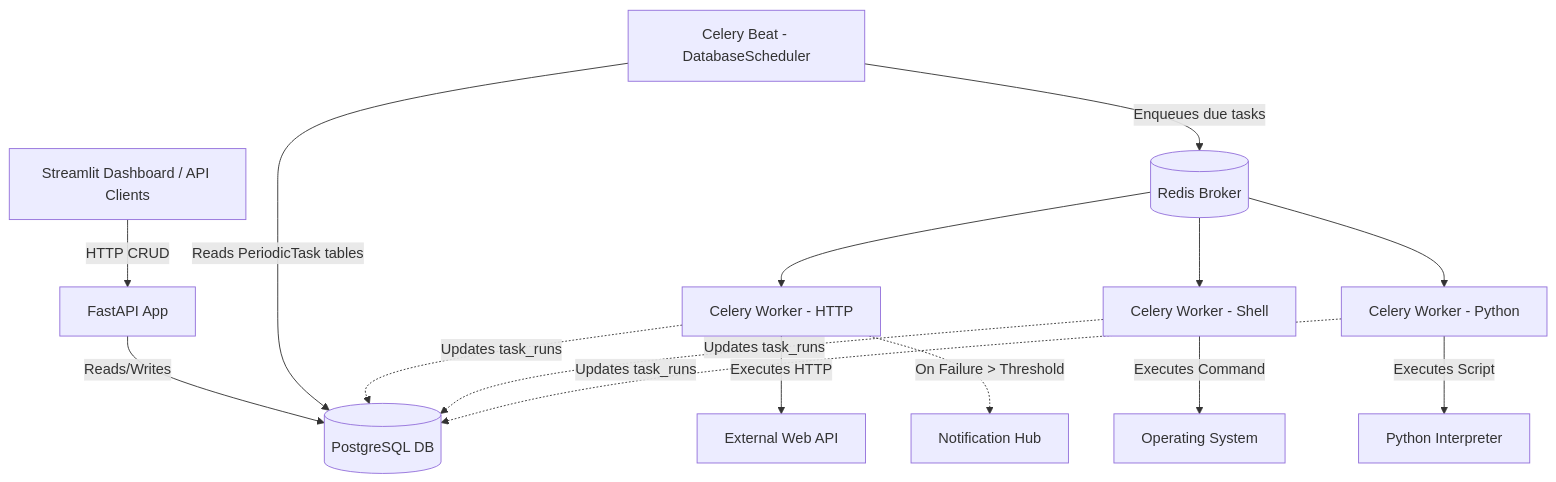
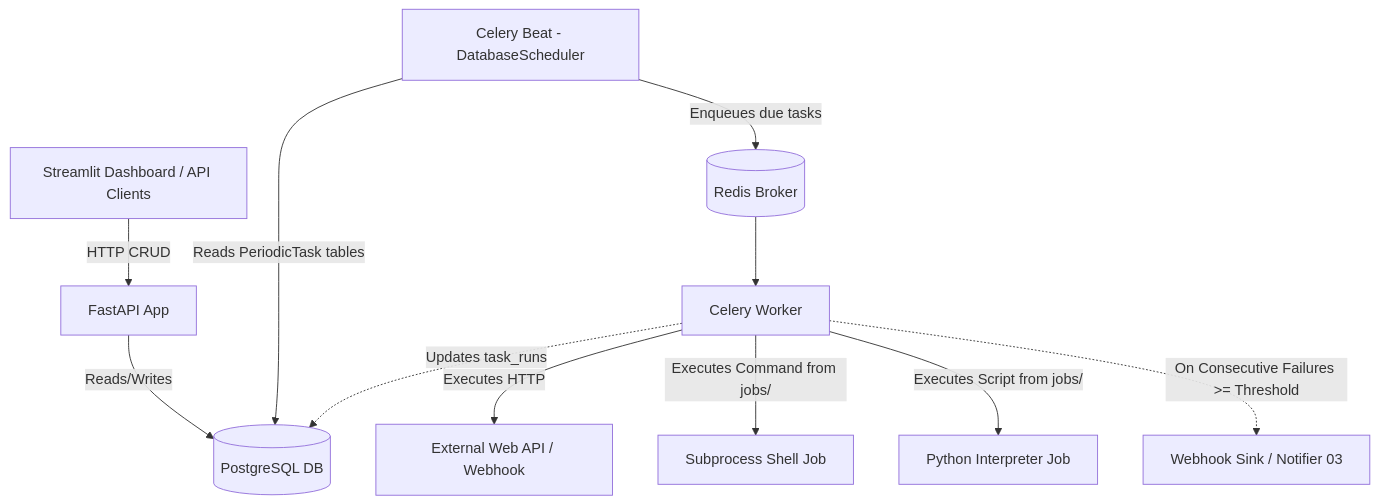
One commit to valarcon1226/IBM-Agentric-IA-labs changed the diagram in Portfolio-Automation/06-scheduler-engine/README.md. Above: the diagram before and after it, drawn with Mermaid. The commit also changed other lines of this file and 1 other file, not shown here.

````diff
--- a/Portfolio-Automation/06-scheduler-engine/README.md
+++ b/Portfolio-Automation/06-scheduler-engine/README.md
@@ -11,22 +11,18 @@
 ```mermaid
 flowchart TD
     UI[Streamlit Dashboard / API Clients] -->|HTTP CRUD| FastAPI[FastAPI App]
     FastAPI -->|Reads/Writes| Postgres[(PostgreSQL DB)]
     
     Beat[Celery Beat - DatabaseScheduler] -->|Reads PeriodicTask tables| Postgres
     Beat -->|Enqueues due tasks| Redis[(Redis Broker)]
     
-    Redis --> Worker1[Celery Worker - HTTP]
-    Redis --> Worker2[Celery Worker - Shell]
-    Redis --> Worker3[Celery Worker - Python]
+    Redis --> Worker[Celery Worker]
     
-    Worker1 -->|Executes HTTP| Web[External Web API]
-    Worker2 -->|Executes Command| OS[Operating System]
-    Worker3 -->|Executes Script| PythonEnv[Python Interpreter]
+    Worker -->|Executes HTTP| Web[External Web API / Webhook]
+    Worker -->|Executes Command from jobs/| Shell[Subprocess Shell Job]
+    Worker -->|Executes Script from jobs/| PythonEnv[Python Interpreter Job]
     
-    Worker1 -.->|Updates task_runs| Postgres
-    Worker2 -.->|Updates task_runs| Postgres
-    Worker3 -.->|Updates task_runs| Postgres
+    Worker -.->|Updates task_runs| Postgres
     
-    Worker1 -.->|On Failure > Threshold| Alerting[Notification Hub]
+    Worker -.->|On Consecutive Failures >= Threshold| Alerting[Webhook Sink / Notifier 03]
 ```
````
